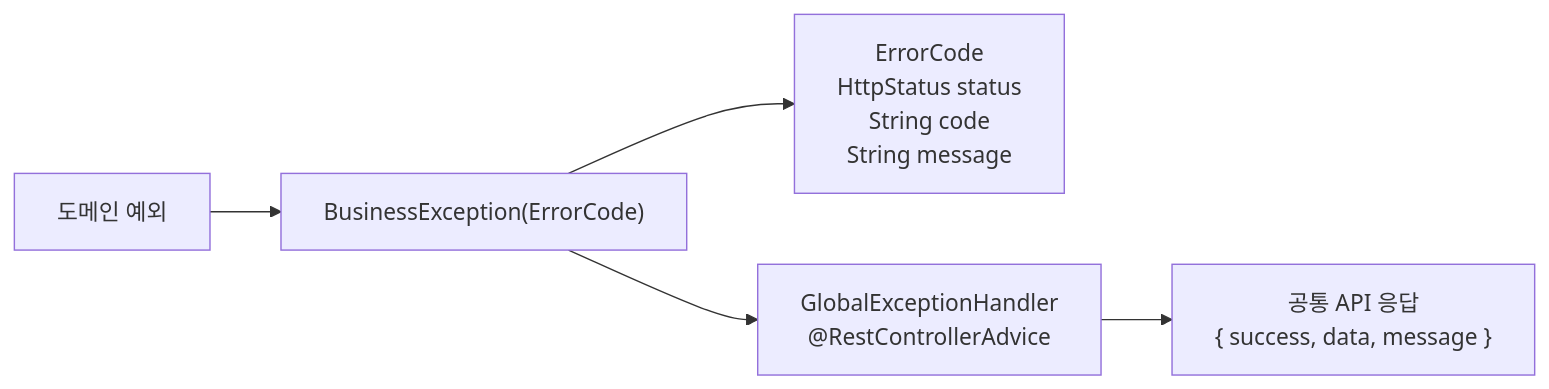
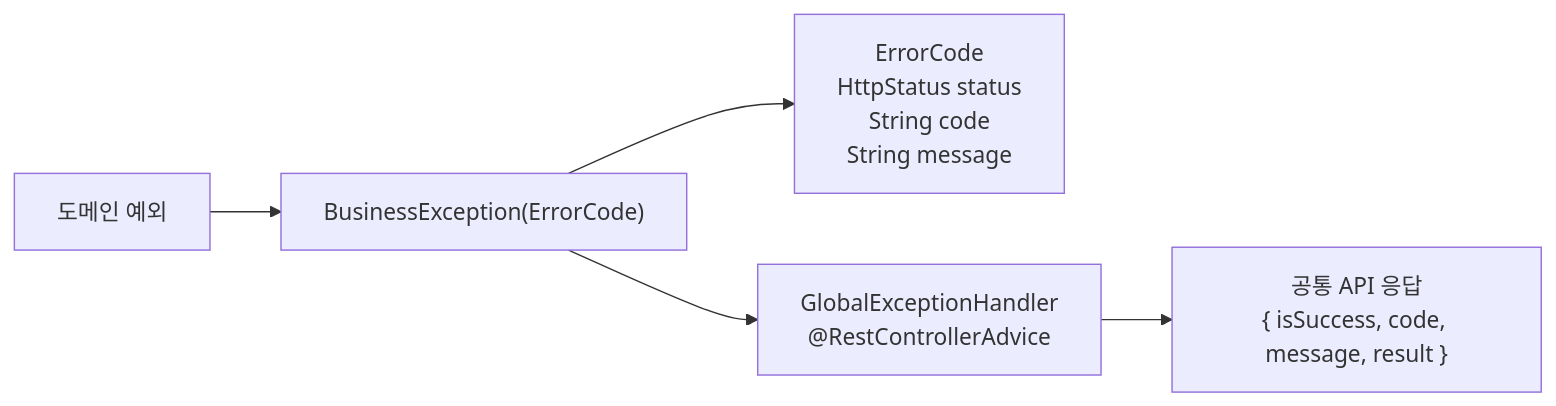
One commit to Fisa-Family/hangang-pay changed the fifth of 5 diagrams in hangang-pay-be/CLAUDE.md. Above: the diagram before and after it, drawn with Mermaid. The commit also changed other lines of this file and 3 other files, not shown here.

Commit message:
refactor: 예외 처리 로직 수정 - apiResponse 일관성 통일 - Claude.md 수정

````diff
--- a/hangang-pay-be/CLAUDE.md
+++ b/hangang-pay-be/CLAUDE.md
@@ -306,7 +306,7 @@
 ```mermaid
 flowchart LR
   domainException["도메인 예외"] --> businessException["BusinessException(ErrorCode)"]
   businessException --> errorCode["ErrorCode<br/>HttpStatus status<br/>String code<br/>String message"]
   businessException --> handler["GlobalExceptionHandler<br/>@RestControllerAdvice"]
-  handler --> response["공통 API 응답<br/>{ success, data, message }"]
+  handler --> response["공통 API 응답<br/>{ isSuccess, code, message, result }"]
 ```
````
